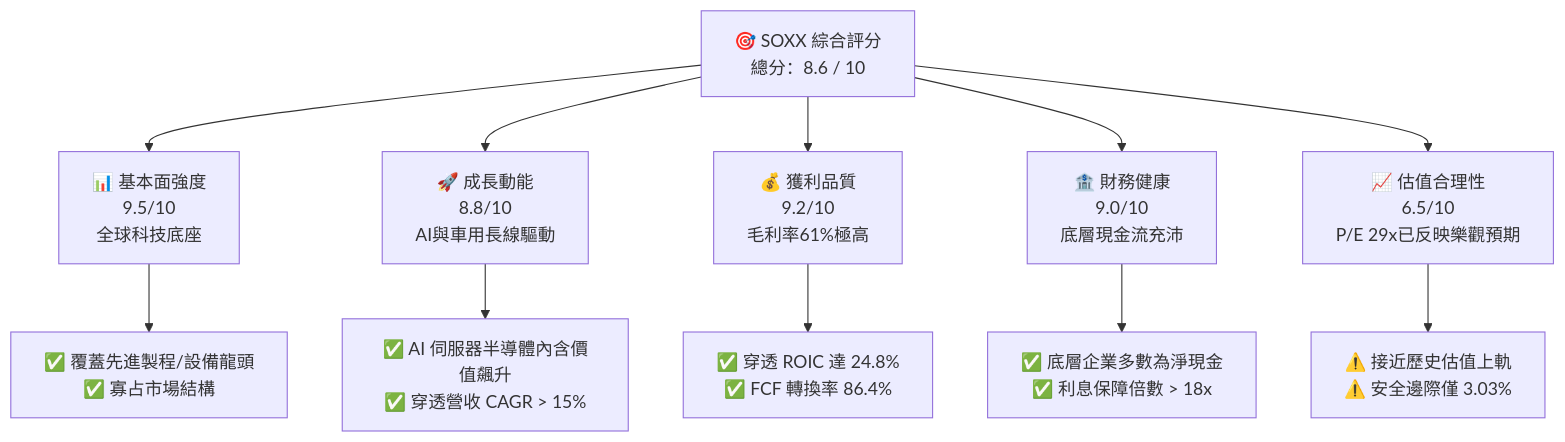
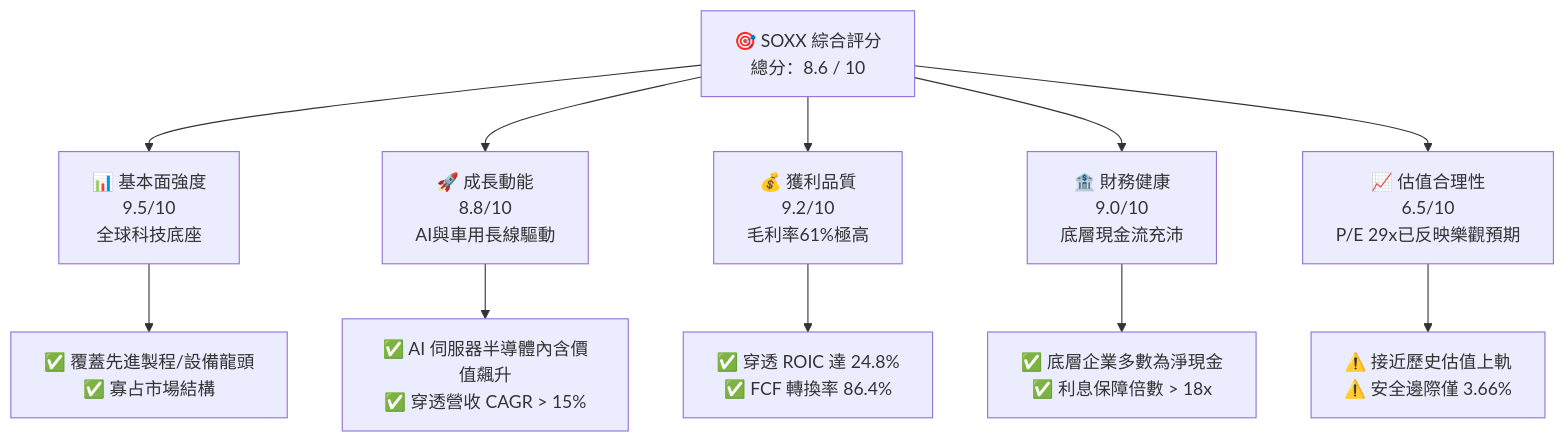
One commit to yennanliu/finance_data changed the first of 15 diagrams in ai_gen_report/fundamental/soxx/fundamental_analysis_2026-10-19_gemini.md. Above: the diagram before and after it, drawn with Mermaid. The commit also changed other lines of this file and 339 other files, not shown here.

````diff
--- a/ai_gen_report/fundamental/soxx/fundamental_analysis_2026-10-19_gemini.md
+++ b/ai_gen_report/fundamental/soxx/fundamental_analysis_2026-10-19_gemini.md
@@ -58,22 +65,22 @@
 ```mermaid
 graph TD
     SOXX["🎯 SOXX 綜合評分<br/>總分：8.6 / 10"]
 
     F["📊 基本面強度<br/>9.5/10<br/>全球科技底座"]
     G["🚀 成長動能<br/>8.8/10<br/>AI與車用長線驅動"]
     P["💰 獲利品質<br/>9.2/10<br/>毛利率61%極高"]
     B["🏦 財務健康<br/>9.0/10<br/>底層現金流充沛"]
     V["📈 估值合理性<br/>6.5/10<br/>P/E 29x已反映樂觀預期"]
 
     SOXX --> F
     SOXX --> G
     SOXX --> P
     SOXX --> B
     SOXX --> V
 
     F --> F1["✅ 覆蓋先進製程/設備龍頭<br/>✅ 寡占市場結構"]
     G --> G1["✅ AI 伺服器半導體內含價值飆升<br/>✅ 穿透營收 CAGR > 15%"]
     P --> P1["✅ 穿透 ROIC 達 24.8%<br/>✅ FCF 轉換率 86.4%"]
     B --> B1["✅ 底層企業多數為淨現金<br/>✅ 利息保障倍數 > 18x"]
-    V --> V1["⚠️ 接近歷史估值上軌<br/>⚠️ 安全邊際僅 3.03%"]
+    V --> V1["⚠️ 接近歷史估值上軌<br/>⚠️ 安全邊際僅 3.66%"]
 ```
````
